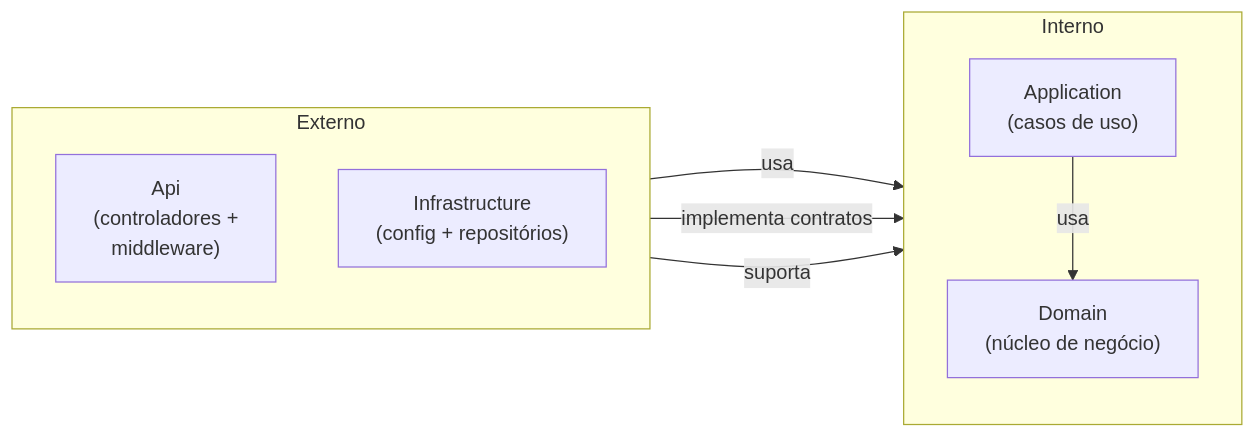
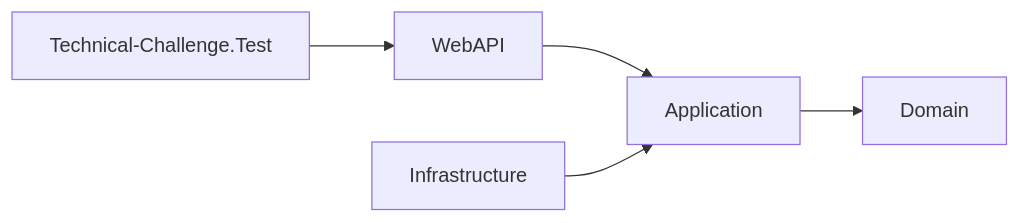
Before and after one commit to FeJoestar18/Technical-Challenge: the second of 2 diagrams in README.md, drawn with Mermaid. The commit also changed other lines of this file and 5 other files, not shown here.

````diff
--- a/README.md
+++ b/README.md
@@ -112,19 +121,13 @@
 ```mermaid
 flowchart LR
-    subgraph Externo [Externo]
-        direction TB
-        Api["Api<br>(controladores +<br>middleware)"]
-        Infrastructure["Infrastructure<br>(config + repositórios)"]
-    end
+    WebAPI["WebAPI"]
+    Infrastructure["Infrastructure"]
+    Application["Application"]
+    Domain["Domain"]
+    Test["Technical-Challenge.Test"]
 
-    subgraph Interno [Interno]
-        direction TB
-        Application["Application<br>(casos de uso)"]
-        Domain["Domain<br>(núcleo de negócio)"]
-    end
-
-    Api -- "usa" --> Application
-    Application -- "usa" --> Domain
-    Infrastructure -- "implementa contratos" --> Application
-    Infrastructure -- "suporta" --> Application
+    WebAPI --> Application
+    Infrastructure --> Application
+    Application --> Domain
+    Test --> WebAPI
 ```
````
